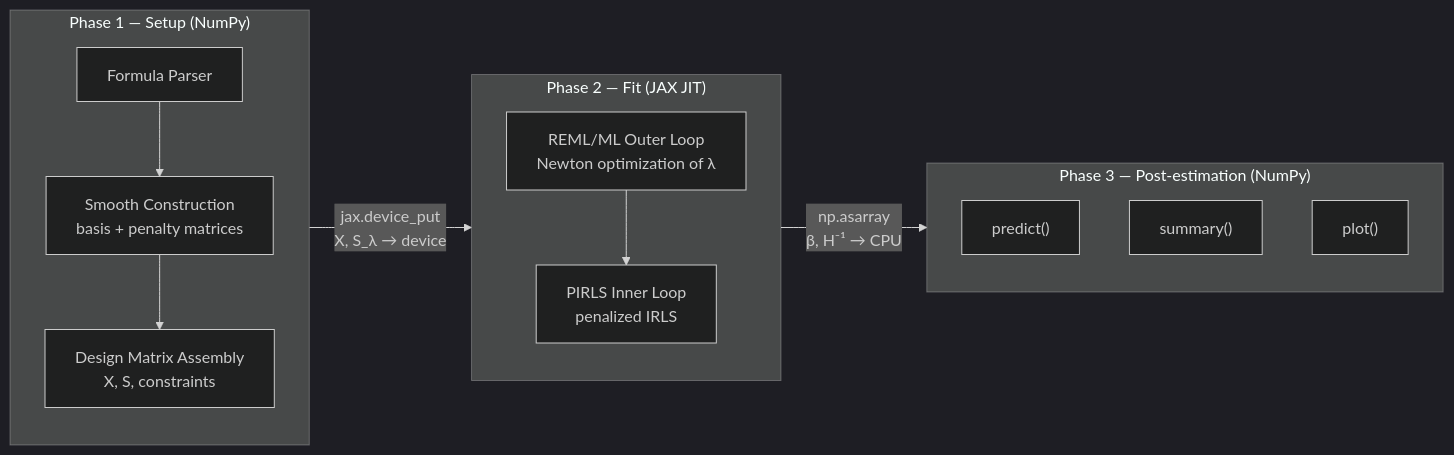
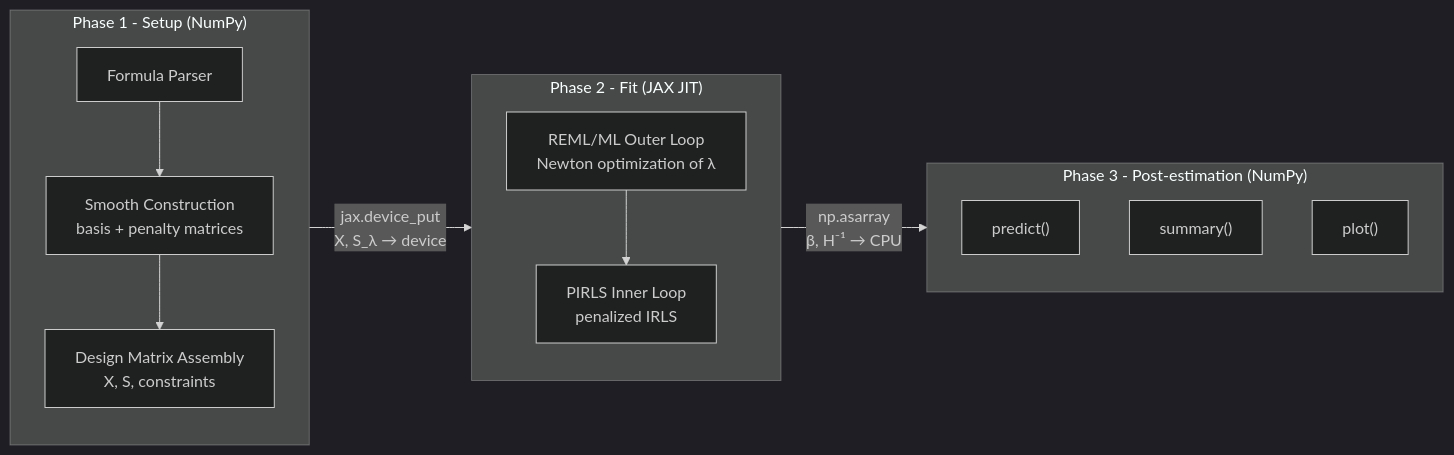
One commit to scatt67/jaxgam changed the first of 2 diagrams in CONTRIBUTING.md. Above: the diagram before and after it, drawn with Mermaid (dark theme). The commit also changed other lines of this file and 14 other files, not shown here.

````diff
--- a/CONTRIBUTING.md
+++ b/CONTRIBUTING.md
@@ -65,26 +65,26 @@
 ```mermaid
 flowchart LR
-    subgraph Phase1["Phase 1 — Setup (NumPy)"]
+    subgraph Phase1["Phase 1 - Setup (NumPy)"]
         direction TB
         P["Formula Parser"]
         P --> S["Smooth Construction<br/>basis + penalty matrices"]
         S --> D["Design Matrix Assembly<br/>X, S, constraints"]
     end
 
-    subgraph Phase2["Phase 2 — Fit (JAX JIT)"]
+    subgraph Phase2["Phase 2 - Fit (JAX JIT)"]
         direction TB
         PIRLS["PIRLS Inner Loop<br/>penalized IRLS"]
         REML["REML/ML Outer Loop<br/>Newton optimization of λ"]
         REML --> PIRLS
     end
 
-    subgraph Phase3["Phase 3 — Post-estimation (NumPy)"]
+    subgraph Phase3["Phase 3 - Post-estimation (NumPy)"]
         direction TB
         PR["predict()"]
         SU["summary()"]
         PL["plot()"]
     end
 
     Phase1 -- "jax.device_put<br/>X, S_λ → device" --> Phase2
     Phase2 -- "np.asarray<br/>β, H⁻¹ → CPU" --> Phase3
 ```
````
